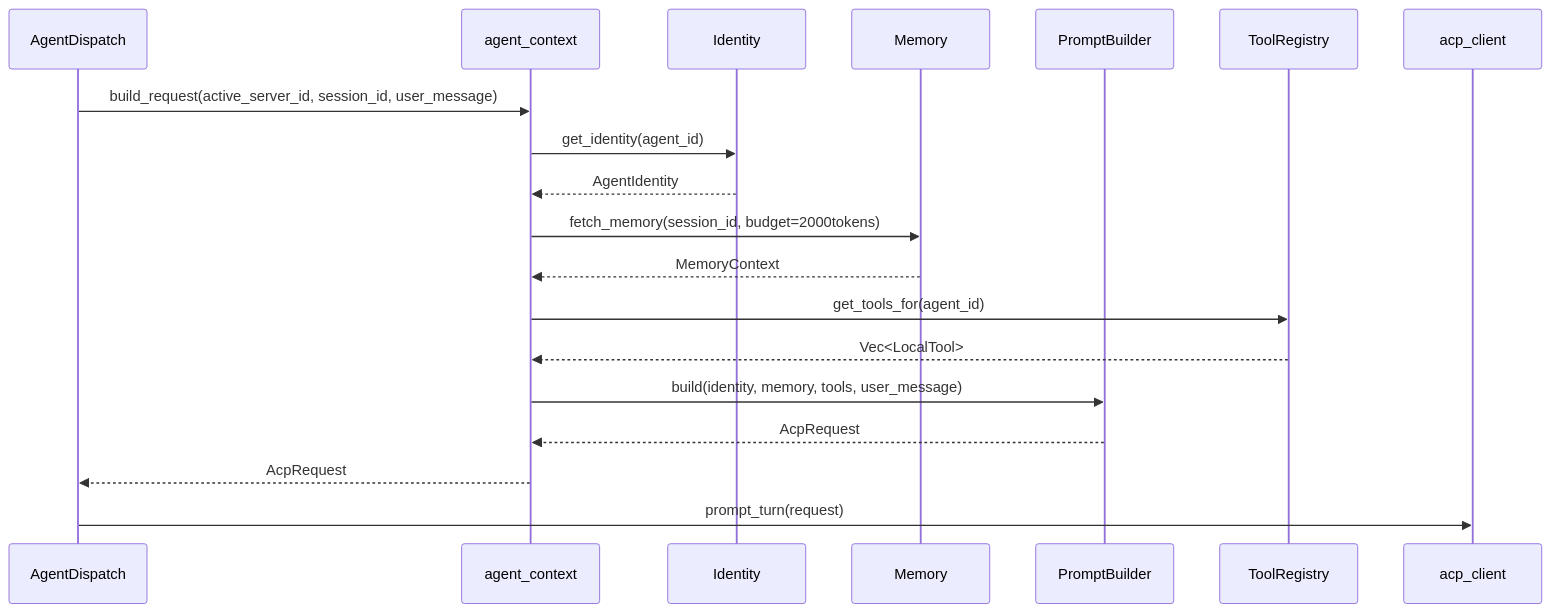
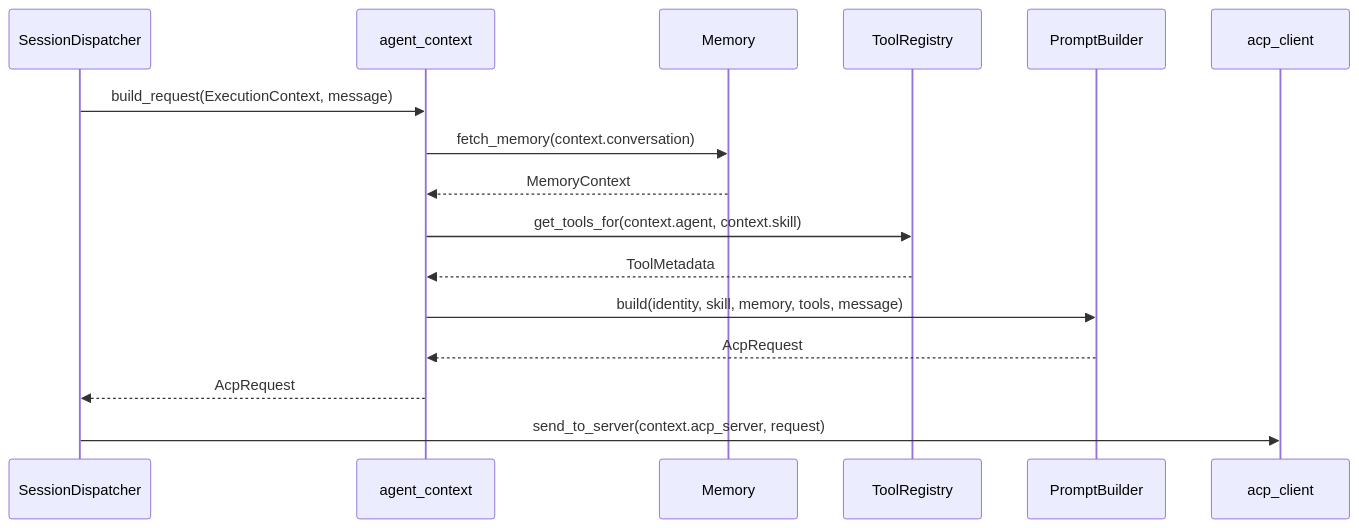
Before and after one commit to zhuxining/MindClaw: the first of 2 diagrams in docs/architecture/35-agent-context.md, drawn with Mermaid. The commit also changed other lines of this file and 17 other files, not shown here.

````diff
--- a/docs/architecture/35-agent-context.md
+++ b/docs/architecture/35-agent-context.md
@@ -72,27 +50,19 @@
 ```mermaid
 sequenceDiagram
-    participant AD as AgentDispatch
+    participant SD as SessionDispatcher
     participant ACX as agent_context
-    participant ID as Identity
     participant MEM as Memory
+    participant TR as ToolRegistry
     participant PB as PromptBuilder
-    participant TR as ToolRegistry
     participant ACP as acp_client
 
-    AD->>ACX: build_request(active_server_id, session_id, user_message)
-
-    ACX->>ID: get_identity(agent_id)
-    ID-->>ACX: AgentIdentity
-
-    ACX->>MEM: fetch_memory(session_id, budget=2000tokens)
+    SD->>ACX: build_request(ExecutionContext, message)
+    ACX->>MEM: fetch_memory(context.conversation)
     MEM-->>ACX: MemoryContext
-
-    ACX->>TR: get_tools_for(agent_id)
-    TR-->>ACX: Vec<LocalTool>
-
-    ACX->>PB: build(identity, memory, tools, user_message)
+    ACX->>TR: get_tools_for(context.agent, context.skill)
+    TR-->>ACX: ToolMetadata
+    ACX->>PB: build(identity, skill, memory, tools, message)
     PB-->>ACX: AcpRequest
-
-    ACX-->>AD: AcpRequest
-    AD->>ACP: prompt_turn(request)
+    ACX-->>SD: AcpRequest
+    SD->>ACP: send_to_server(context.acp_server, request)
 ```
````
